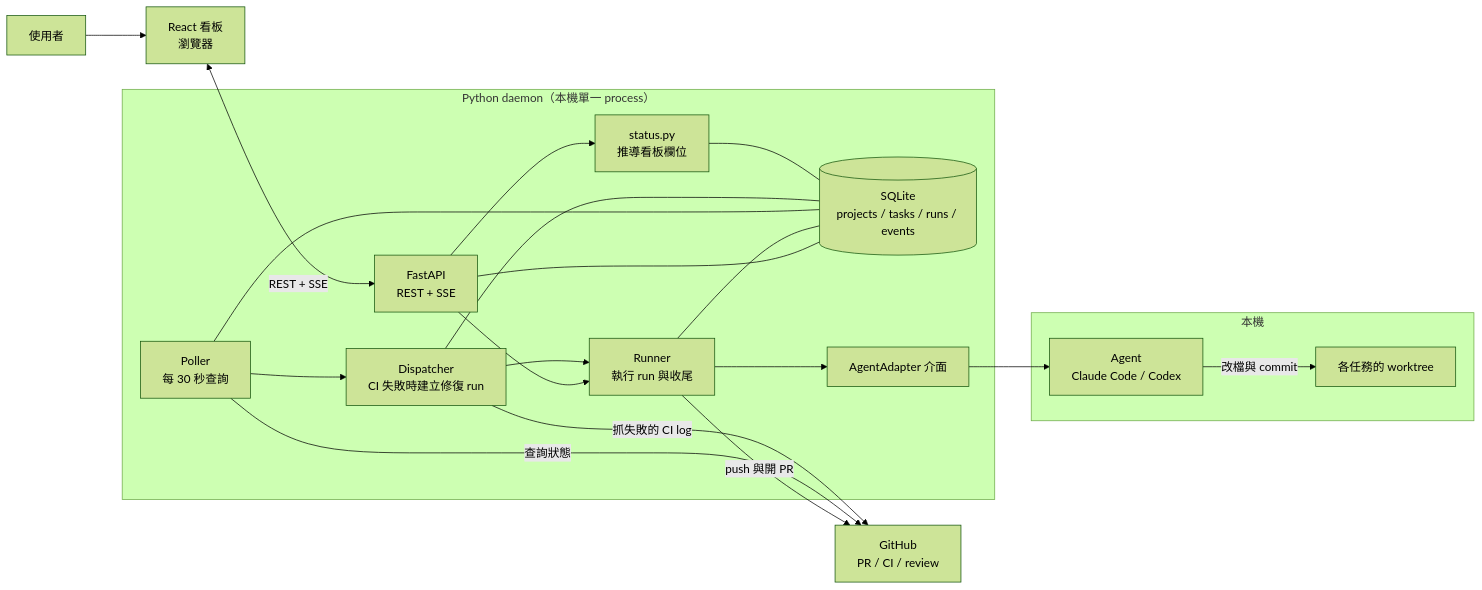
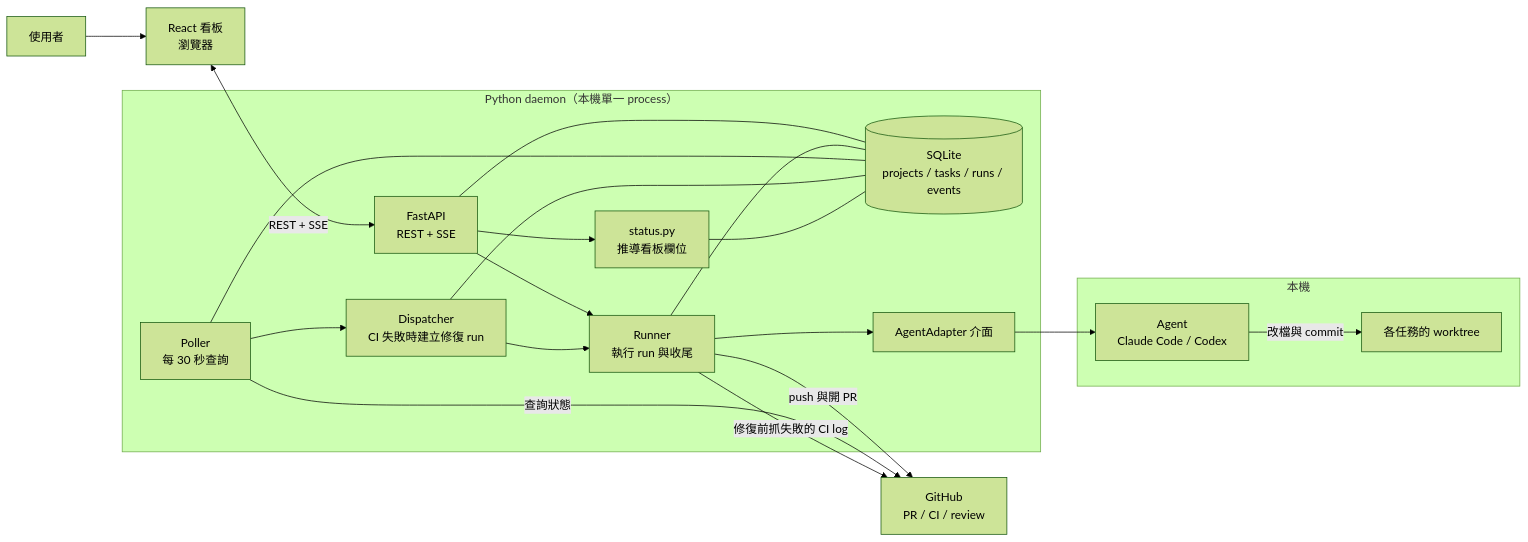
The first of 18 diagrams in docs/06-diagrams.md (ppoozine/agent-supervisor), drawn with Mermaid (forest theme) before and after one commit. The commit also changed other lines of this file and 4 other files, not shown here.

````diff
--- a/docs/06-diagrams.md
+++ b/docs/06-diagrams.md
@@ -32,40 +32,40 @@
 ```mermaid
 flowchart LR
     user["使用者"]
     browser["React 看板<br/>瀏覽器"]
 
     subgraph daemon["Python daemon（本機單一 process）"]
         api["FastAPI<br/>REST + SSE"]
         runner["Runner<br/>執行 run 與收尾"]
         dispatcher["Dispatcher<br/>CI 失敗時建立修復 run"]
         poller["Poller<br/>每 30 秒查詢"]
         status["status.py<br/>推導看板欄位"]
         db[("SQLite<br/>projects / tasks / runs / events")]
         adapter["AgentAdapter 介面"]
     end
 
     subgraph local["本機"]
         agents["Agent<br/>Claude Code / Codex"]
         worktrees["各任務的 worktree"]
     end
 
     github["GitHub<br/>PR / CI / review"]
 
     user --> browser
     browser <-->|"REST + SSE"| api
     api --> runner
     api --> status
     dispatcher --> runner
     poller --> dispatcher
     runner --> adapter
     adapter --> agents
     agents -->|"改檔與 commit"| worktrees
     runner -->|"push 與開 PR"| github
     poller -->|"查詢狀態"| github
-    dispatcher -->|"抓失敗的 CI log"| github
+    runner -->|"修復前抓失敗的 CI log"| github
     api --- db
     runner --- db
     poller --- db
     dispatcher --- db
     status --- db
 ```
````
